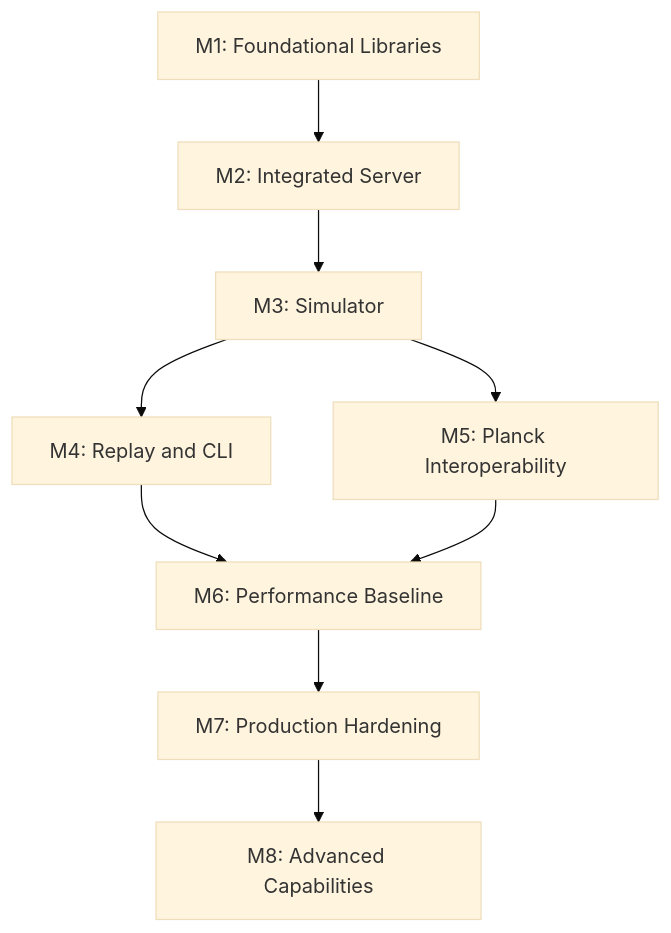
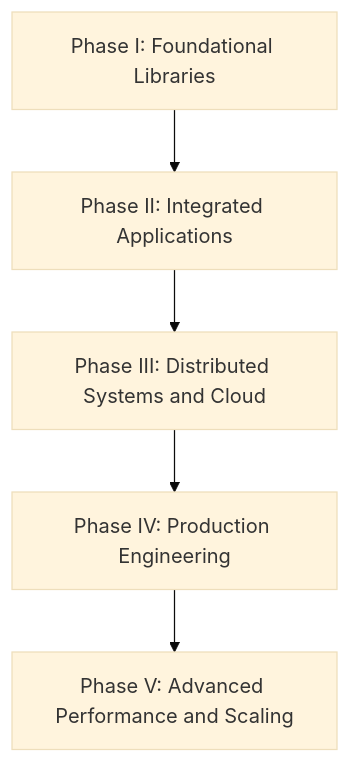
The first of 4 diagrams in docs/roadmap.md (tembolo1284/maxwell), drawn with Mermaid (base theme) before and after one commit. The commit also changed other lines of this file and 10 other files, not shown here.

````diff
--- a/docs/roadmap.md
+++ b/docs/roadmap.md
@@ -110,18 +75,10 @@
 ```mermaid
 flowchart TD
-    A["M1: Foundational Libraries"]
-    B["M2: Integrated Server"]
-    C["M3: Simulator"]
-    D["M4: Replay and CLI"]
-    E["M5: Planck Interoperability"]
-    F["M6: Performance Baseline"]
-    G["M7: Production Hardening"]
-    H["M8: Advanced Capabilities"]
+    P1["Phase I: Foundational Libraries"]
+    P2["Phase II: Integrated Applications"]
+    P3["Phase III: Distributed Systems and Cloud"]
+    P4["Phase IV: Production Engineering"]
+    P5["Phase V: Advanced Performance and Scaling"]
 
-    A --> B --> C
-    C --> D
-    C --> E
-    D --> F
-    E --> F
-    F --> G --> H
+    P1 --> P2 --> P3 --> P4 --> P5
 ```
````
